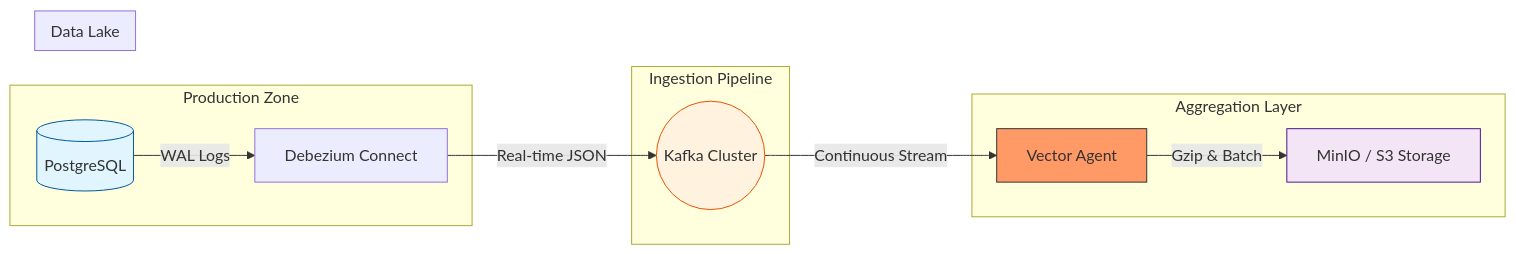
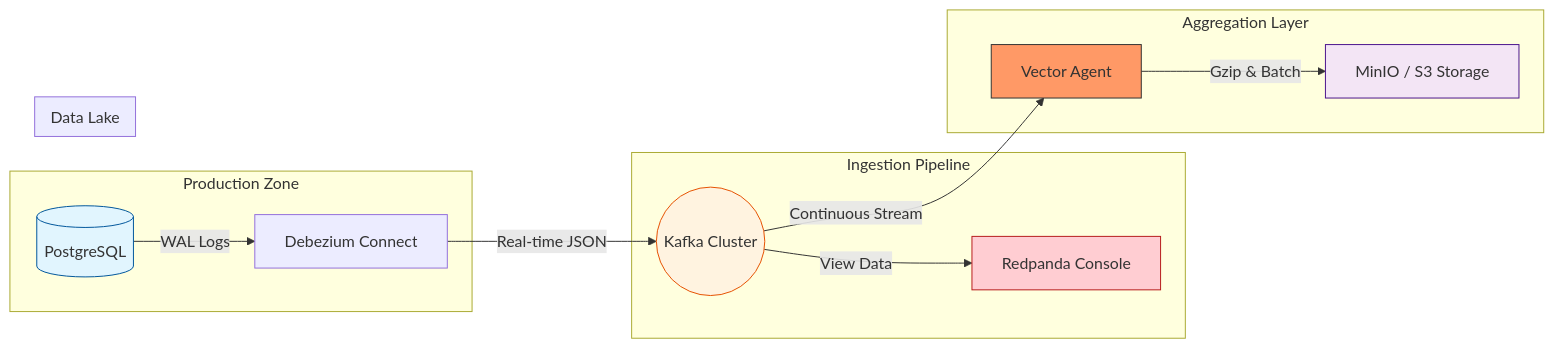
Before and after one commit to MIERAI/modern-cdc-sandbox: the diagram in README.md, drawn with Mermaid. The commit also changed other lines of this file and 3 other files, not shown here.

Commit message:
feat: enhance observability with Redpanda Console and Vector API, and update docs

````diff
--- a/README.md
+++ b/README.md
@@ -11,25 +11,27 @@
 ```mermaid
 graph LR
     subgraph "Production Zone"
         DB[(PostgreSQL)] -- "WAL Logs" --> Debezium
     end
 
     subgraph "Ingestion Pipeline"
         Debezium[Debezium Connect] -- "Real-time JSON" --> Kafka((Kafka Cluster))
+        Kafka -- "View Data" --> Console[Redpanda Console]
     end
 
     subgraph "Aggregation Layer"
         Kafka -- "Continuous Stream" --> Vector[Vector Agent]
         Vector -- "Gzip & Batch" --> MinIO
     end
 
     subgraph "Data Lake"
         MinIO[MinIO / S3 Storage]
     end
 
     %% Styles
     style DB fill:#e1f5fe,stroke:#01579b
     style Kafka fill:#fff3e0,stroke:#e65100
     style MinIO fill:#f3e5f5,stroke:#4a148c
     style Vector fill:#f96,stroke:#333
+    style Console fill:#ffcdd2,stroke:#b71c1c
 ```
````
